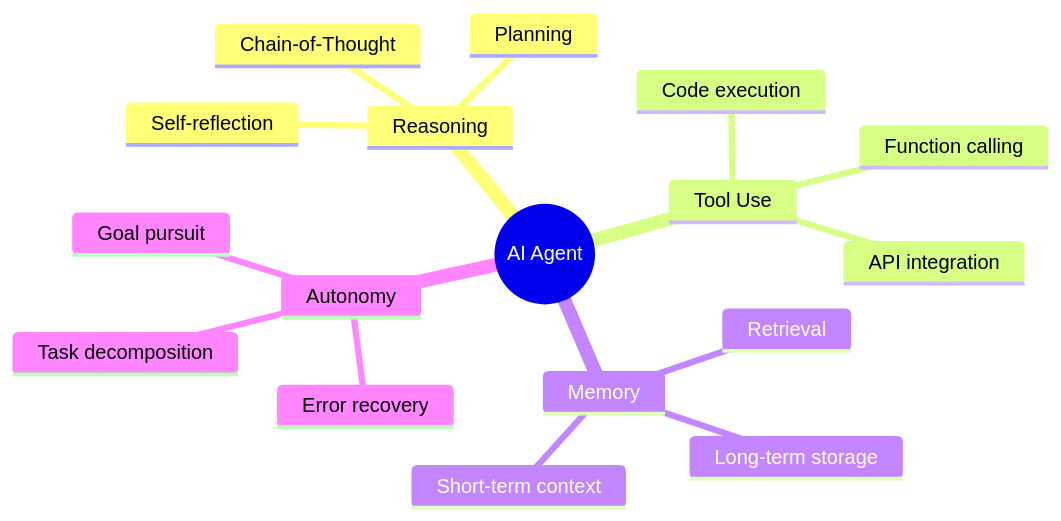
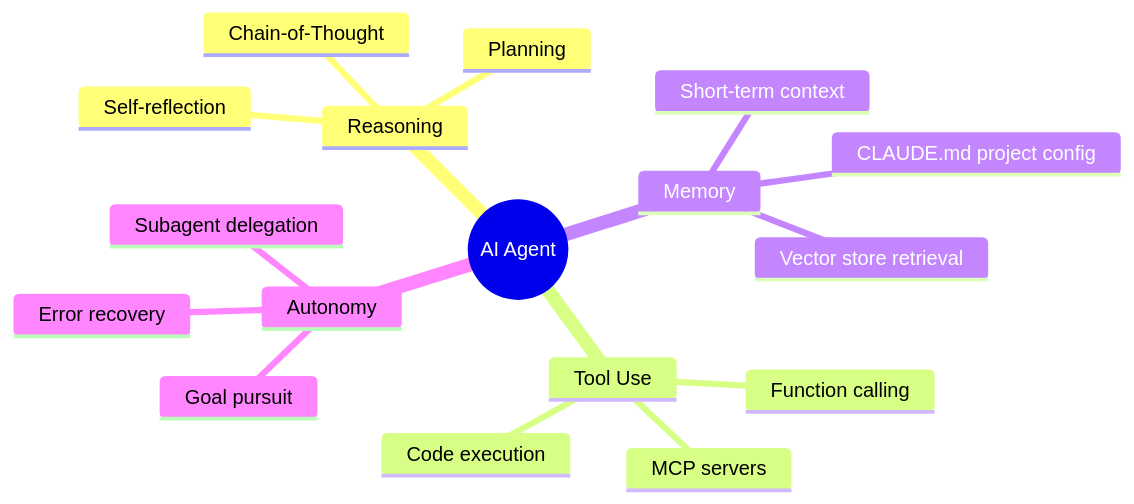
Before and after one commit to DreamLab-AI/dreamlab-ai-website: the second of 5 diagrams in public/data/workshops/workshop-04-morning-ai-agents/00_introduction.md, drawn with Mermaid. The commit also changed other lines of this file and 111 other files, not shown here.

````diff
--- a/public/data/workshops/workshop-04-morning-ai-agents/00_introduction.md
+++ b/public/data/workshops/workshop-04-morning-ai-agents/00_introduction.md
@@ -51,20 +56,20 @@
 ```mermaid
 mindmap
   root((AI Agent))
     Reasoning
       Chain-of-Thought
       Planning
       Self-reflection
     Tool Use
+      MCP servers
       Function calling
-      API integration
       Code execution
     Memory
       Short-term context
-      Long-term storage
-      Retrieval
+      CLAUDE.md project config
+      Vector store retrieval
     Autonomy
-      Task decomposition
+      Subagent delegation
       Error recovery
       Goal pursuit
 ```
````
